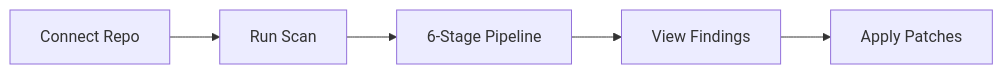
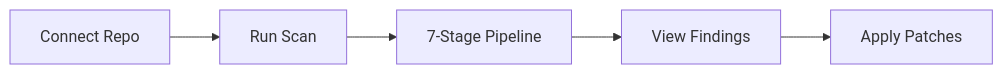
The first of 6 diagrams in README.md (iamngoni/heimdall), drawn with Mermaid before and after one commit. The commit also changed other lines of this file and 3 other files, not shown here.

````diff
--- a/README.md
+++ b/README.md
@@ -33,7 +35,7 @@
 ```mermaid
 graph LR
     A[Connect Repo] --> B[Run Scan]
-    B --> C[6-Stage Pipeline]
+    B --> C[7-Stage Pipeline]
     C --> D[View Findings]
     D --> E[Apply Patches]
 ```
````
